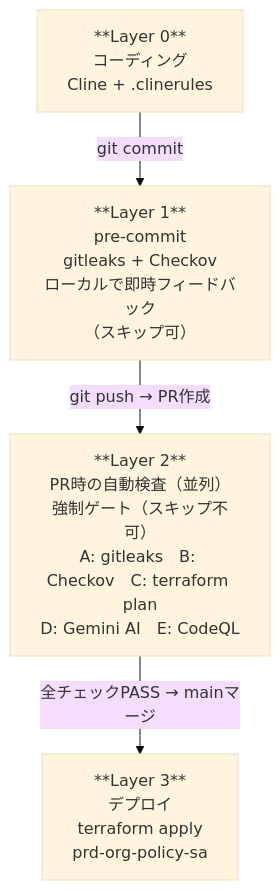
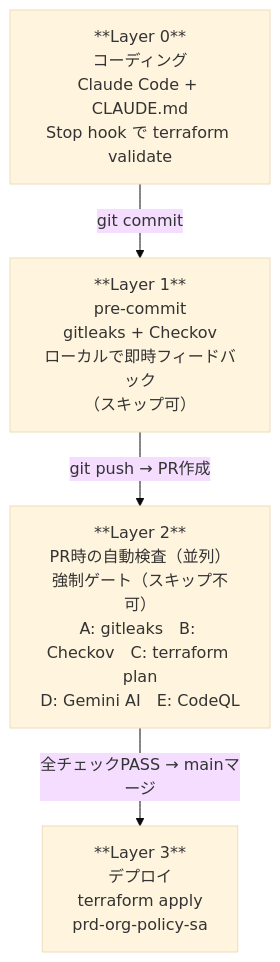
The first of 7 diagrams in docs/QUALITY_FEEDBACK_LOOP.md (shinkawamisaki/gcp-base), drawn with Mermaid (base theme) before and after one commit. The commit also changed other lines of this file and 4 other files, not shown here.

First line of the commit message:
chore: Claude Code ガードレールを project-23378 から本番へ反映

````diff
--- a/docs/QUALITY_FEEDBACK_LOOP.md
+++ b/docs/QUALITY_FEEDBACK_LOOP.md
@@ -10,11 +10,11 @@
 ```mermaid
 flowchart TD
-    L0["**Layer 0**<br>コーディング<br>Cline + .clinerules"]
+    L0["**Layer 0**<br>コーディング<br>Claude Code + CLAUDE.md<br>Stop hook で terraform validate"]
     L1["**Layer 1**<br>pre-commit<br>gitleaks + Checkov<br>ローカルで即時フィードバック<br>（スキップ可）"]
     L2["**Layer 2**<br>PR時の自動検査（並列）<br>強制ゲート（スキップ不可）<br>A: gitleaks　B: Checkov　C: terraform plan<br>D: Gemini AI　E: CodeQL"]
     L3["**Layer 3**<br>デプロイ<br>terraform apply<br>prd-org-policy-sa"]
 
     L0 -->|git commit| L1
     L1 -->|git push → PR作成| L2
     L2 -->|全チェックPASS → mainマージ| L3
 ```
````
